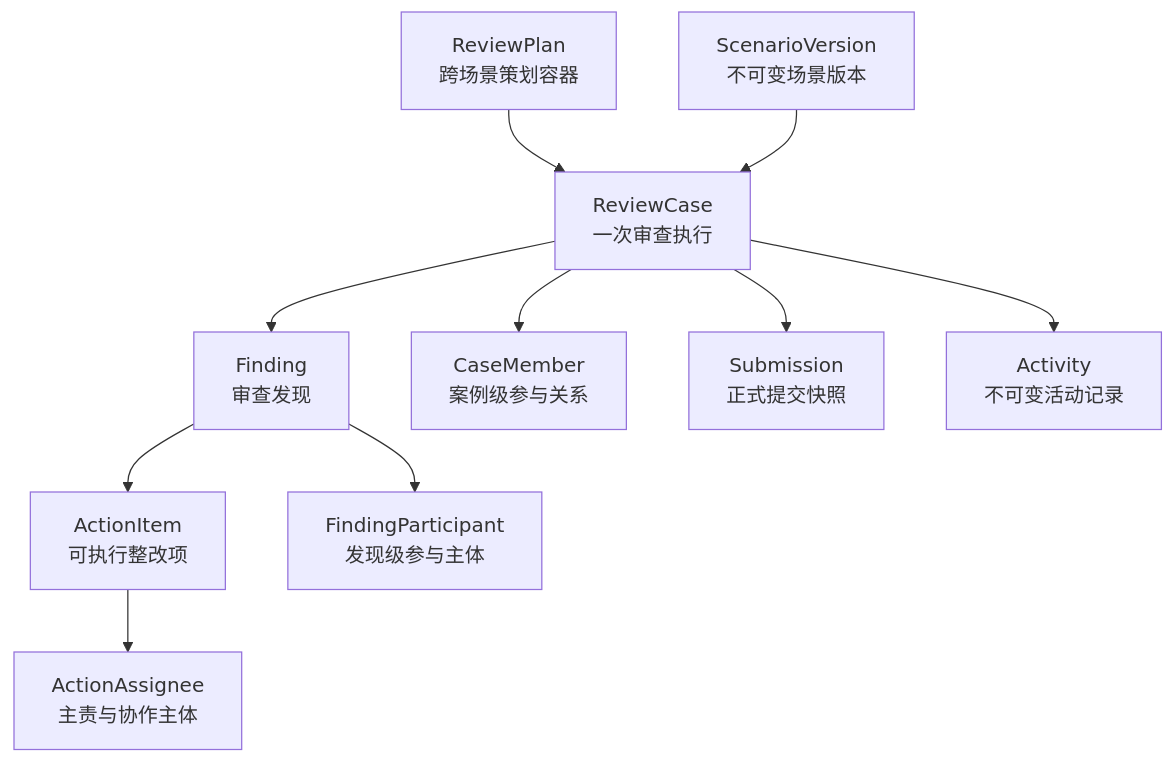
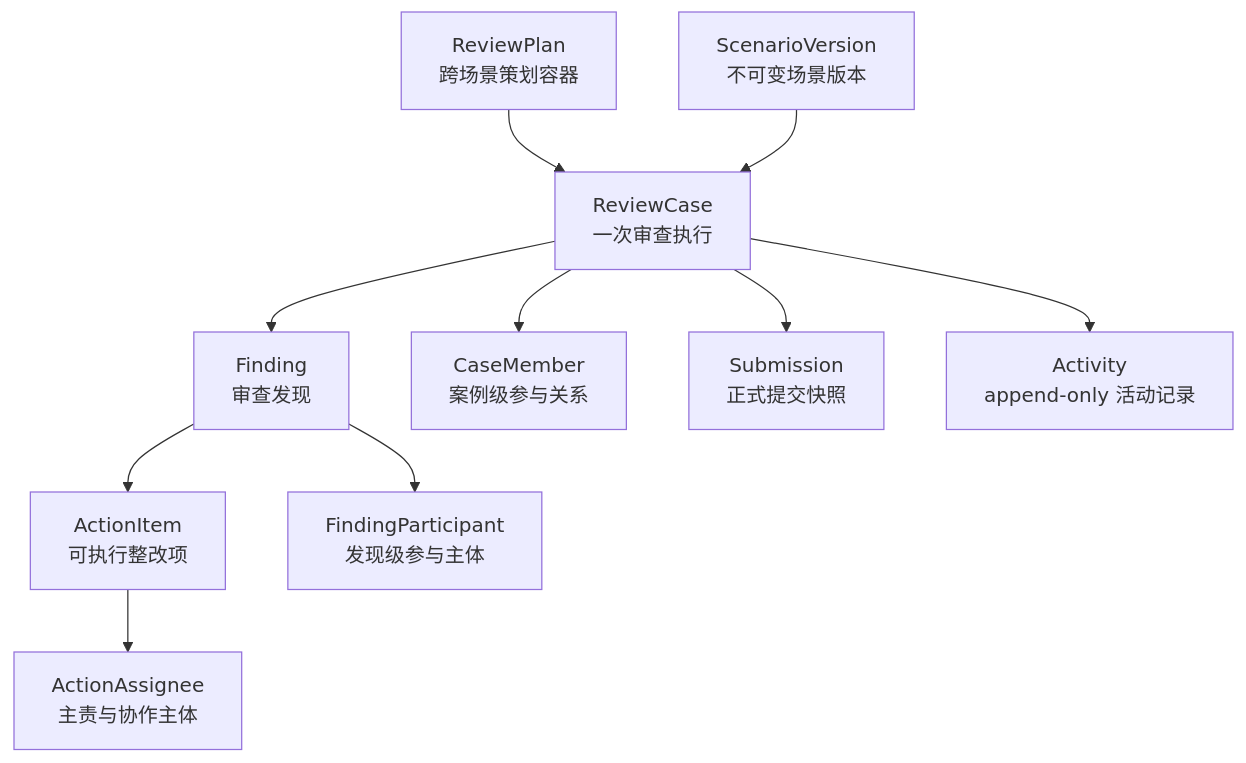
Before and after one commit to Truh-hbe/EasyAudit-Next: the diagram in docs/architecture/m0-domain-model.md, drawn with Mermaid. The commit also changed other lines of this file and 6 other files, not shown here.

Commit message:
docs(architecture): finalize M0 persistence boundaries

````diff
--- a/docs/architecture/m0-domain-model.md
+++ b/docs/architecture/m0-domain-model.md
@@ -7,12 +7,12 @@
 ```mermaid
 flowchart TD
   RP[ReviewPlan<br/>跨场景策划容器] --> RC[ReviewCase<br/>一次审查执行]
   SC[ScenarioVersion<br/>不可变场景版本] --> RC
   RC --> F[Finding<br/>审查发现]
   F --> AI[ActionItem<br/>可执行整改项]
   AI --> AA[ActionAssignee<br/>主责与协作主体]
   RC --> CM[CaseMember<br/>案例级参与关系]
   F --> FP[FindingParticipant<br/>发现级参与主体]
   RC --> S[Submission<br/>正式提交快照]
-  RC --> A[Activity<br/>不可变活动记录]
+  RC --> A[Activity<br/>append-only 活动记录]
 ```
````
